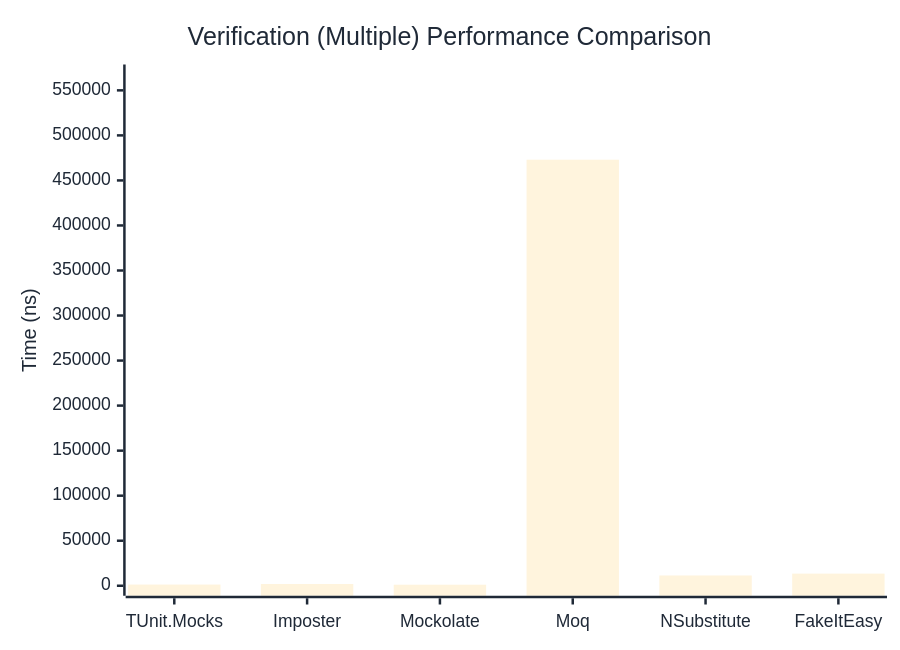
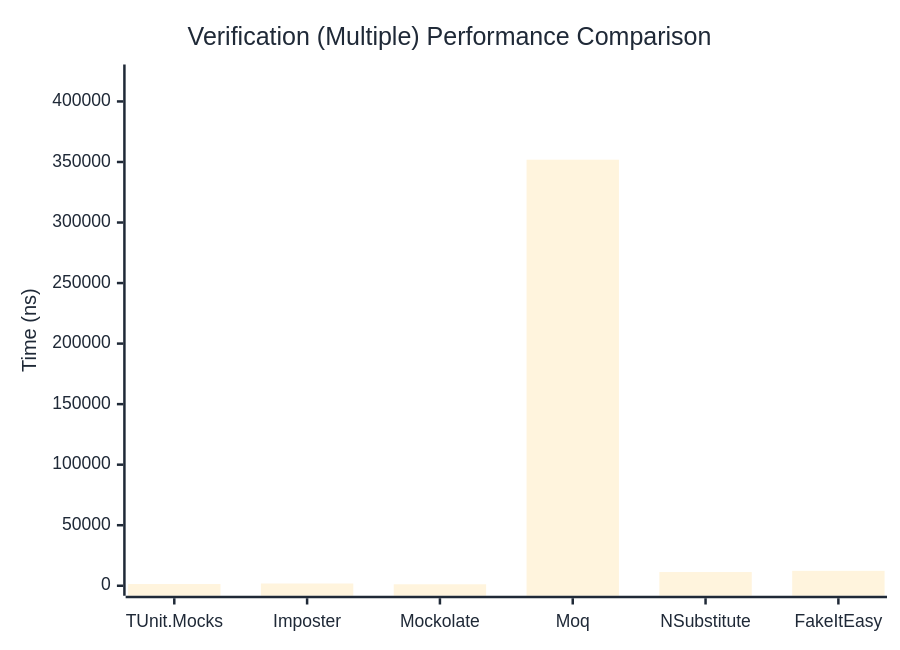
The third of 3 diagrams in docs/docs/benchmarks/mocks/Verification.md (thomhurst/TUnit), drawn with Mermaid before and after one commit. The commit also changed other lines of this file and 14 other files, not shown here.

````diff
--- a/docs/docs/benchmarks/mocks/Verification.md
+++ b/docs/docs/benchmarks/mocks/Verification.md
@@ -112,27 +112,27 @@
 ```mermaid
 %%{init: {
   'theme':'base',
   'themeVariables': {
     'primaryColor': '#2563eb',
     'primaryTextColor': '#1f2937',
     'primaryBorderColor': '#1e40af',
     'lineColor': '#6b7280',
     'secondaryColor': '#7c3aed',
     'tertiaryColor': '#dc2626',
     'background': '#ffffff',
     'pie1': '#2563eb',
     'pie2': '#7c3aed',
     'pie3': '#dc2626',
     'pie4': '#f59e0b',
     'pie5': '#10b981',
     'pie6': '#06b6d4',
     'pie7': '#ec4899',
     'pie8': '#6366f1'
   }
 }}%%
 xychart-beta
   title "Verification (Multiple) Performance Comparison"
   x-axis ["TUnit.Mocks", "Imposter", "Mockolate", "Moq", "NSubstitute", "FakeItEasy"]
-  y-axis "Time (ns)" 0 --> 567600
-  bar [1328.36, 1918.65, 1158.59, 472999.18, 11407.07, 13469.51]
+  y-axis "Time (ns)" 0 --> 422262
+  bar [1410, 1866.04, 1230.43, 351884.55, 11315.86, 12311.93]
 ```
````
